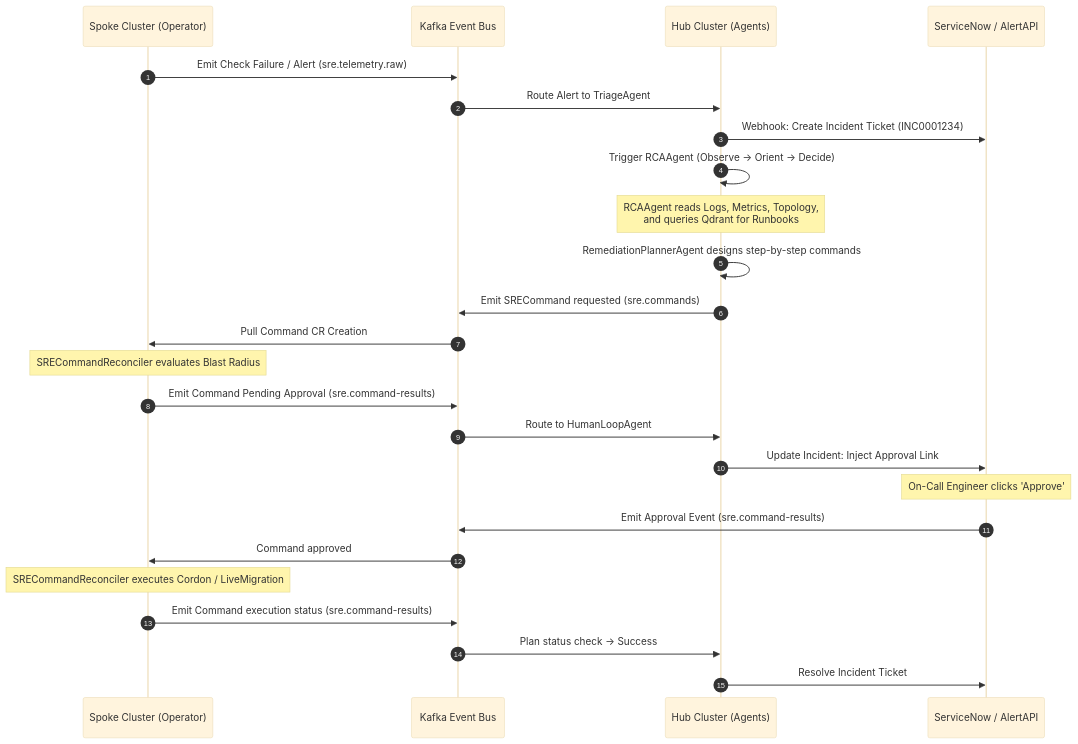
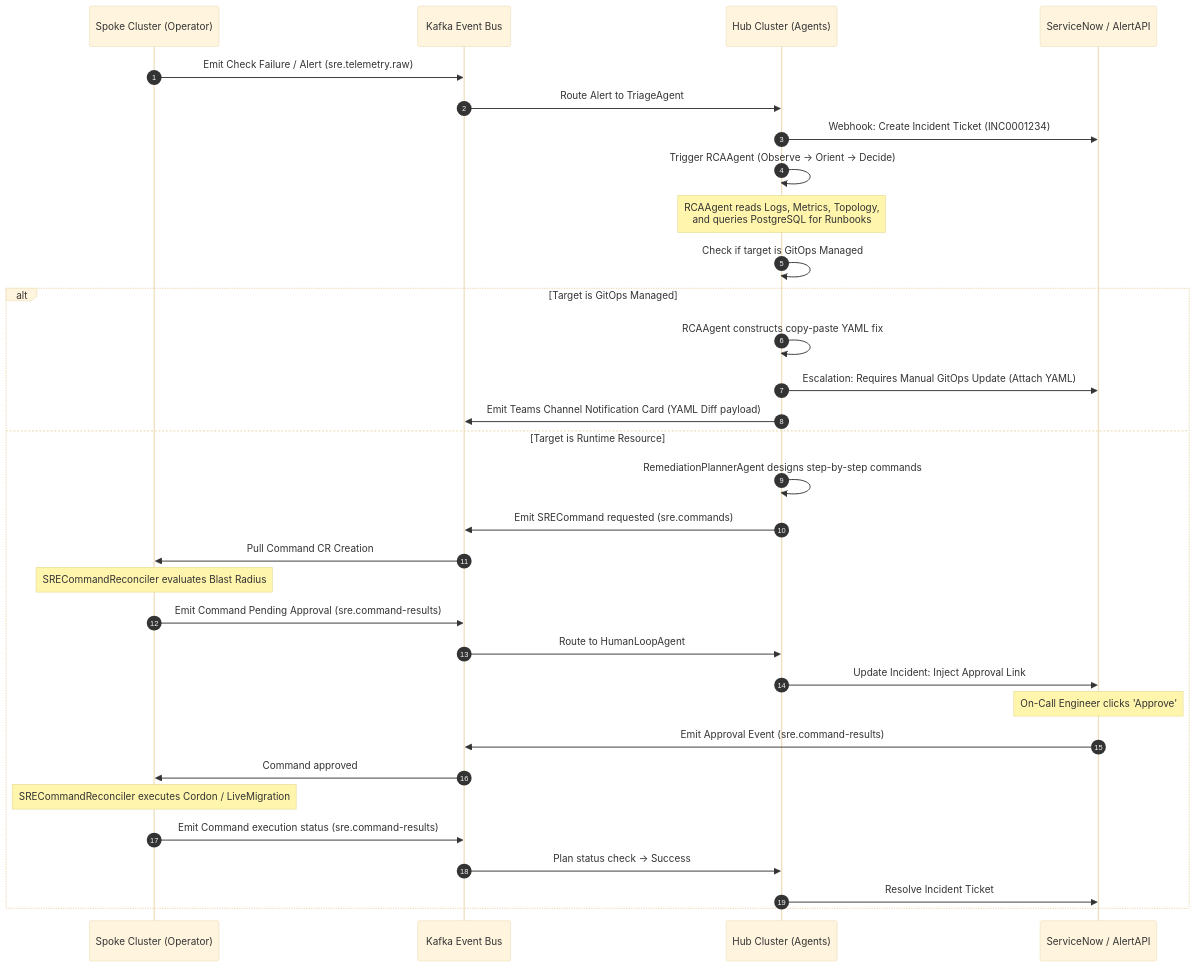
One commit to srimandarbha/k8_agentops changed the diagram in unified_sre_platform_architecture.md. Above: the diagram before and after it, drawn with Mermaid (base theme). The commit also changed other lines of this file and 5 other files, not shown here.

````diff
--- a/unified_sre_platform_architecture.md
+++ b/unified_sre_platform_architecture.md
@@ -22,28 +22,35 @@
 ```mermaid
 sequenceDiagram
     autonumber
     participant Spoke as Spoke Cluster (Operator)
     participant Kafka as Kafka Event Bus
     participant Hub as Hub Cluster (Agents)
     participant ServiceNow as ServiceNow / AlertAPI
 
     Spoke->>Kafka: Emit Check Failure / Alert (sre.telemetry.raw)
     Kafka->>Hub: Route Alert to TriageAgent
     Hub->>ServiceNow: Webhook: Create Incident Ticket (INC0001234)
     Hub->>Hub: Trigger RCAAgent (Observe -> Orient -> Decide)
-    Note over Hub: RCAAgent reads Logs, Metrics, Topology,<br/>and queries Qdrant for Runbooks
-    Hub->>Hub: RemediationPlannerAgent designs step-by-step commands
-    Hub->>Kafka: Emit SRECommand requested (sre.commands)
-    Kafka->>Spoke: Pull Command CR Creation
-    Note over Spoke: SRECommandReconciler evaluates Blast Radius
-    Spoke->>Kafka: Emit Command Pending Approval (sre.command-results)
-    Kafka->>Hub: Route to HumanLoopAgent
-    Hub->>ServiceNow: Update Incident: Inject Approval Link
-    Note over ServiceNow: On-Call Engineer clicks 'Approve'
-    ServiceNow->>Kafka: Emit Approval Event (sre.command-results)
-    Kafka->>Spoke: Command approved
-    Note over Spoke: SRECommandReconciler executes Cordon / LiveMigration
-    Spoke->>Kafka: Emit Command execution status (sre.command-results)
-    Kafka->>Hub: Plan status check -> Success
-    Hub->>ServiceNow: Resolve Incident Ticket
+    Note over Hub: RCAAgent reads Logs, Metrics, Topology,<br/>and queries PostgreSQL for Runbooks
+    Hub->>Hub: Check if target is GitOps Managed
+    alt Target is GitOps Managed
+        Hub->>Hub: RCAAgent constructs copy-paste YAML fix
+        Hub->>ServiceNow: Escalation: Requires Manual GitOps Update (Attach YAML)
+        Hub->>Kafka: Emit Teams Channel Notification Card (YAML Diff payload)
+    else Target is Runtime Resource
+        Hub->>Hub: RemediationPlannerAgent designs step-by-step commands
+        Hub->>Kafka: Emit SRECommand requested (sre.commands)
+        Kafka->>Spoke: Pull Command CR Creation
+        Note over Spoke: SRECommandReconciler evaluates Blast Radius
+        Spoke->>Kafka: Emit Command Pending Approval (sre.command-results)
+        Kafka->>Hub: Route to HumanLoopAgent
+        Hub->>ServiceNow: Update Incident: Inject Approval Link
+        Note over ServiceNow: On-Call Engineer clicks 'Approve'
+        ServiceNow->>Kafka: Emit Approval Event (sre.command-results)
+        Kafka->>Spoke: Command approved
+        Note over Spoke: SRECommandReconciler executes Cordon / LiveMigration
+        Spoke->>Kafka: Emit Command execution status (sre.command-results)
+        Kafka->>Hub: Plan status check -> Success
+        Hub->>ServiceNow: Resolve Incident Ticket
+    end
 ```
````
